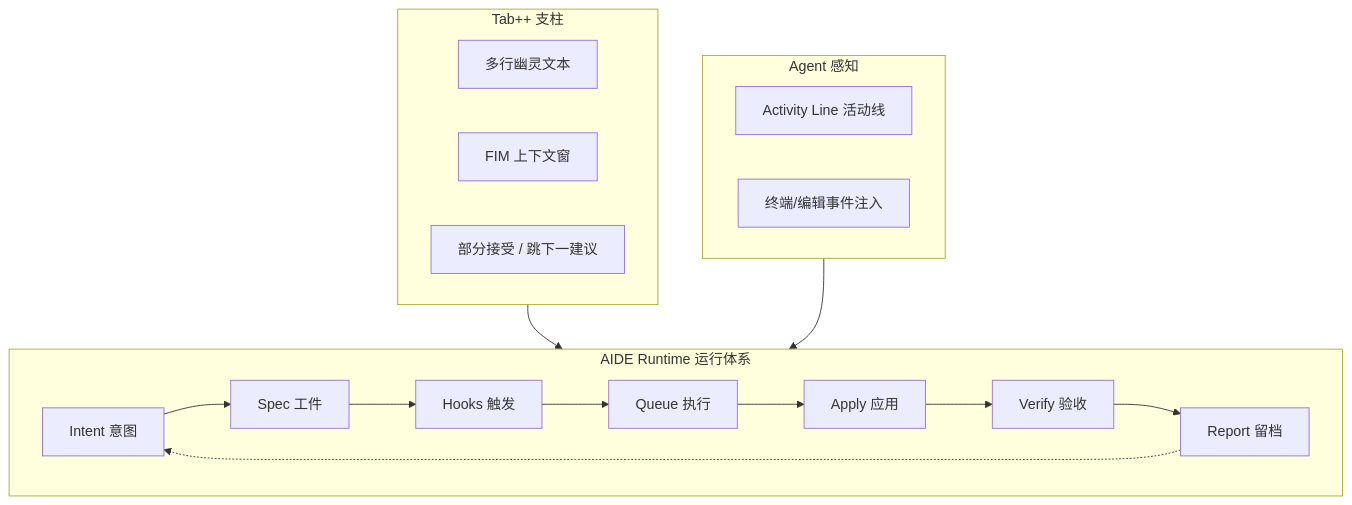
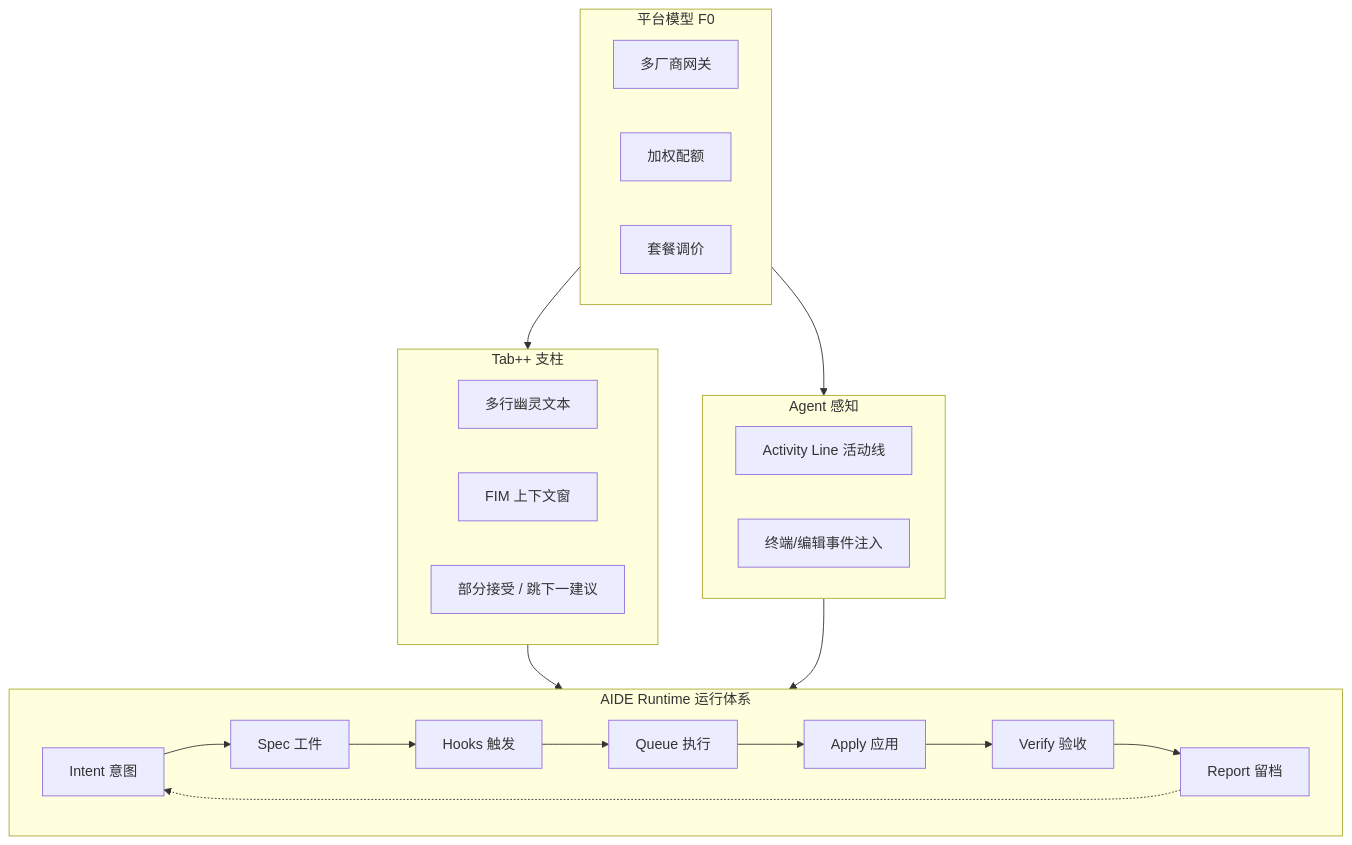
Before and after one commit to FengYue427/ai-ide: the diagram in docs/V1.5_STRATEGY_PIVOT.md, drawn with Mermaid. The commit also changed other lines of this file and 89 other files, not shown here.

First line of the commit message:
release: v1.5.0 — platform models, Tab++, AIDE Runtime, Activity Line

````diff
--- a/docs/V1.5_STRATEGY_PIVOT.md
+++ b/docs/V1.5_STRATEGY_PIVOT.md
@@ -40,25 +42,32 @@
 ```mermaid
 flowchart TB
+  subgraph platform [平台模型 F0]
+    M1[多厂商网关]
+    M2[加权配额]
+    M3[套餐调价]
+  end
   subgraph runtime [AIDE Runtime 运行体系]
     R1[Intent 意图]
     R2[Spec 工件]
     R3[Hooks 触发]
     R4[Queue 执行]
     R5[Apply 应用]
     R6[Verify 验收]
     R7[Report 留档]
     R1 --> R2 --> R3 --> R4 --> R5 --> R6 --> R7
     R7 -.-> R1
   end
   subgraph tab [Tab++ 支柱]
     T1[多行幽灵文本]
     T2[FIM 上下文窗]
     T3[部分接受 / 跳下一建议]
   end
   subgraph agent [Agent 感知]
     A1[Activity Line 活动线]
     A2[终端/编辑事件注入]
   end
   tab --> runtime
   agent --> runtime
+  platform --> tab
+  platform --> agent
 ```
````
